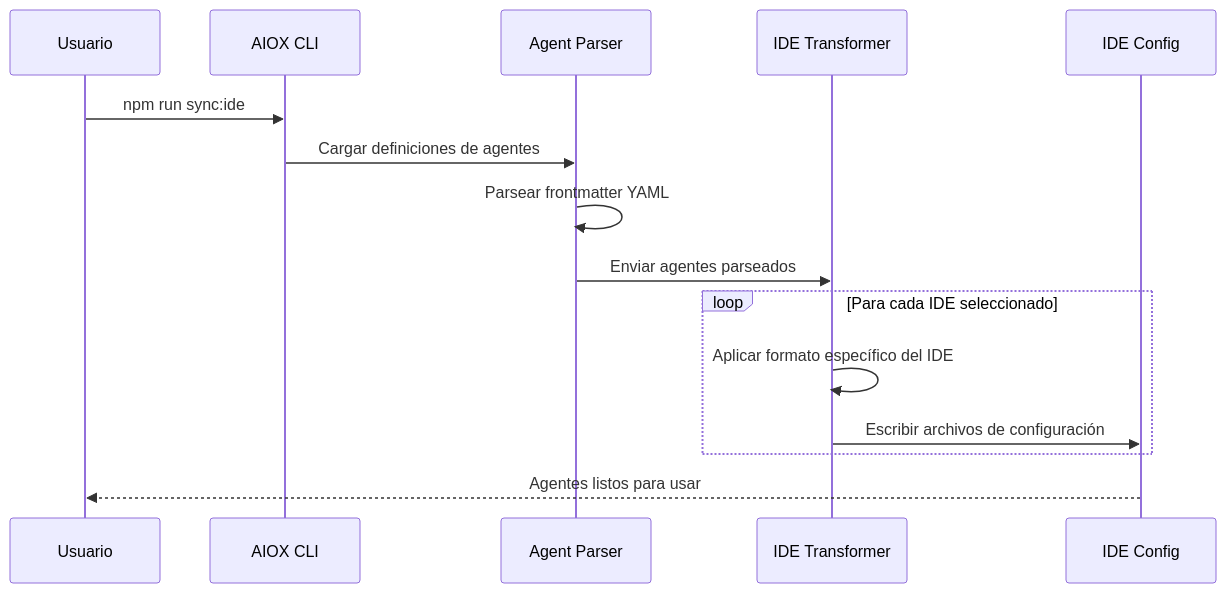
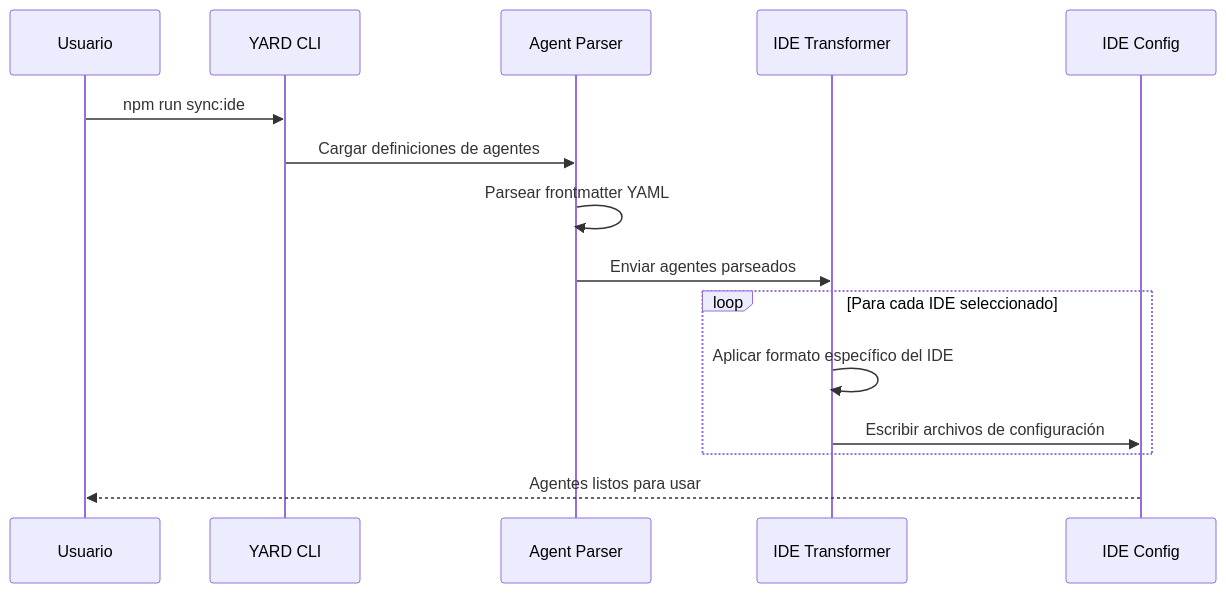
One commit to ernesto-langa/yard-core changed the third of 3 diagrams in docs/es/platforms/README.md. Above: the diagram before and after it, drawn with Mermaid. The commit also changed other lines of this file and 529 other files, not shown here.

````diff
--- a/docs/es/platforms/README.md
+++ b/docs/es/platforms/README.md
@@ -251,20 +251,20 @@
 ```mermaid
 sequenceDiagram
     participant User as Usuario
-    participant CLI as AIOX CLI
+    participant CLI as YARD CLI
     participant Parser as Agent Parser
     participant Transform as IDE Transformer
     participant IDE as IDE Config
 
     User->>CLI: npm run sync:ide
     CLI->>Parser: Cargar definiciones de agentes
     Parser->>Parser: Parsear frontmatter YAML
     Parser->>Transform: Enviar agentes parseados
 
     loop Para cada IDE seleccionado
         Transform->>Transform: Aplicar formato específico del IDE
         Transform->>IDE: Escribir archivos de configuración
     end
 
     IDE-->>User: Agentes listos para usar
 ```
````
